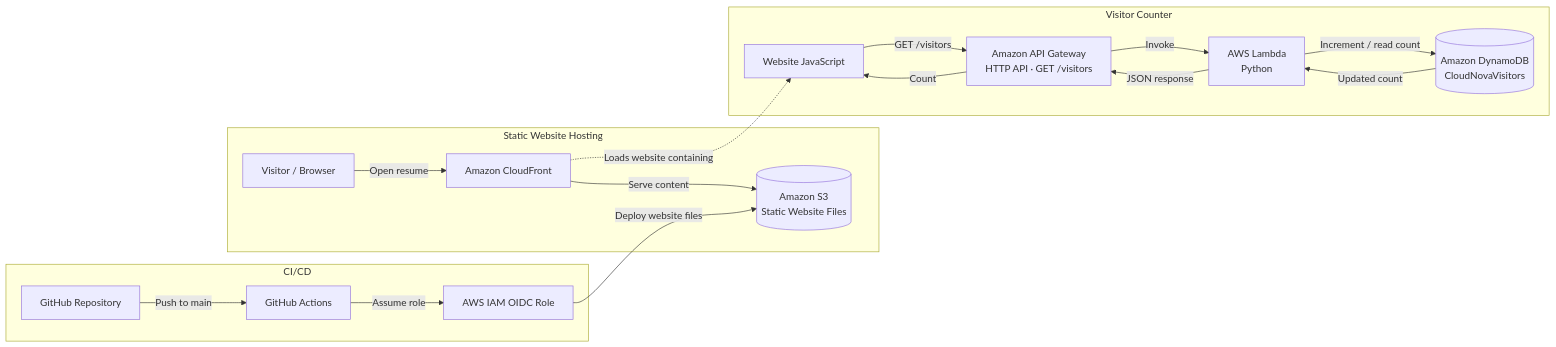
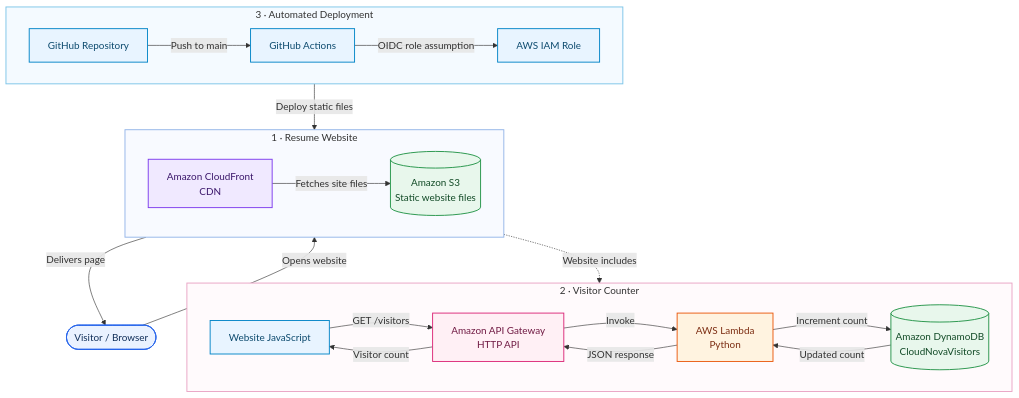
One commit to nikhilmastud/CloudNova-Serverless-Resume changed the diagram in docs/architecture.md. Above: the diagram before and after it, drawn with Mermaid. The commit also changed other lines of this file, not shown here.

Commit message:
Improve architecture diagram with clear color-coded flows

````diff
--- a/docs/architecture.md
+++ b/docs/architecture.md
@@ -5,35 +5,48 @@
 ```mermaid
-flowchart LR
-    U[Visitor / Browser]
+flowchart TB
+    Visitor([Visitor / Browser])
 
-    subgraph Hosting["Static Website Hosting"]
-      CF[Amazon CloudFront]
-      S3[(Amazon S3<br/>Static Website Files)]
-      U -->|Open resume| CF
-      CF -->|Serve content| S3
+    subgraph WEB["1 · Resume Website"]
+      direction LR
+      CF["Amazon CloudFront<br/>CDN"] -->|"Fetches site files"| S3[("Amazon S3<br/>Static website files")]
     end
 
-    subgraph Counter["Visitor Counter"]
-      JS[Website JavaScript]
-      API[Amazon API Gateway<br/>HTTP API · GET /visitors]
-      L[AWS Lambda<br/>Python]
-      DB[(Amazon DynamoDB<br/>CloudNovaVisitors)]
-      JS -->|GET /visitors| API
-      API -->|Invoke| L
-      L -->|Increment / read count| DB
-      DB -->|Updated count| L
-      L -->|JSON response| API
-      API -->|Count| JS
+    subgraph COUNT["2 · Visitor Counter"]
+      direction LR
+      FE["Website JavaScript"] -->|"GET /visitors"| API["Amazon API Gateway<br/>HTTP API"]
+      API -->|"Invoke"| Lambda["AWS Lambda<br/>Python"]
+      Lambda -->|"Increment count"| DB[("Amazon DynamoDB<br/>CloudNovaVisitors")]
+      DB -->|"Updated count"| Lambda
+      Lambda -->|"JSON response"| API
+      API -->|"Visitor count"| FE
     end
 
-    CF -.->|Loads website containing| JS
+    Visitor -->|"Opens website"| CF
+    CF -->|"Delivers page"| Visitor
+    S3 -.->|"Website includes"| FE
 
-    subgraph Deploy["CI/CD"]
-      GH[GitHub Repository]
-      GA[GitHub Actions]
-      OIDC[AWS IAM OIDC Role]
-      GH -->|Push to main| GA
-      GA -->|Assume role| OIDC
-      OIDC -->|Deploy website files| S3
+    subgraph CICD["3 · Automated Deployment"]
+      direction LR
+      GitHub["GitHub Repository"] -->|"Push to main"| Actions["GitHub Actions"]
+      Actions -->|"OIDC role assumption"| IAM["AWS IAM Role"]
+      IAM -->|"Deploy static files"| S3
     end
+
+    classDef visitor fill:#EAF2FF,stroke:#2563EB,color:#12305A,stroke-width:1.5px;
+    classDef edge fill:#F0E9FF,stroke:#7C3AED,color:#3B176B,stroke-width:1.5px;
+    classDef storage fill:#E8F7EC,stroke:#239447,color:#124B27,stroke-width:1.5px;
+    classDef api fill:#FFF0F5,stroke:#DB2777,color:#701A43,stroke-width:1.5px;
+    classDef compute fill:#FFF3E0,stroke:#EA580C,color:#7C2D12,stroke-width:1.5px;
+    classDef deploy fill:#E8F4FF,stroke:#0284C7,color:#0C4A6E,stroke-width:1.5px;
+
+    class Visitor visitor;
+    class CF edge;
+    class S3,DB storage;
+    class API api;
+    class Lambda compute;
+    class FE,GitHub,Actions,IAM deploy;
+
+    style WEB fill:#F8FAFF,stroke:#93B4E8,stroke-width:1.5px
+    style COUNT fill:#FFFAFC,stroke:#E9A3C4,stroke-width:1.5px
+    style CICD fill:#F4FAFF,stroke:#7CC4E8,stroke-width:1.5px
 ```
````
